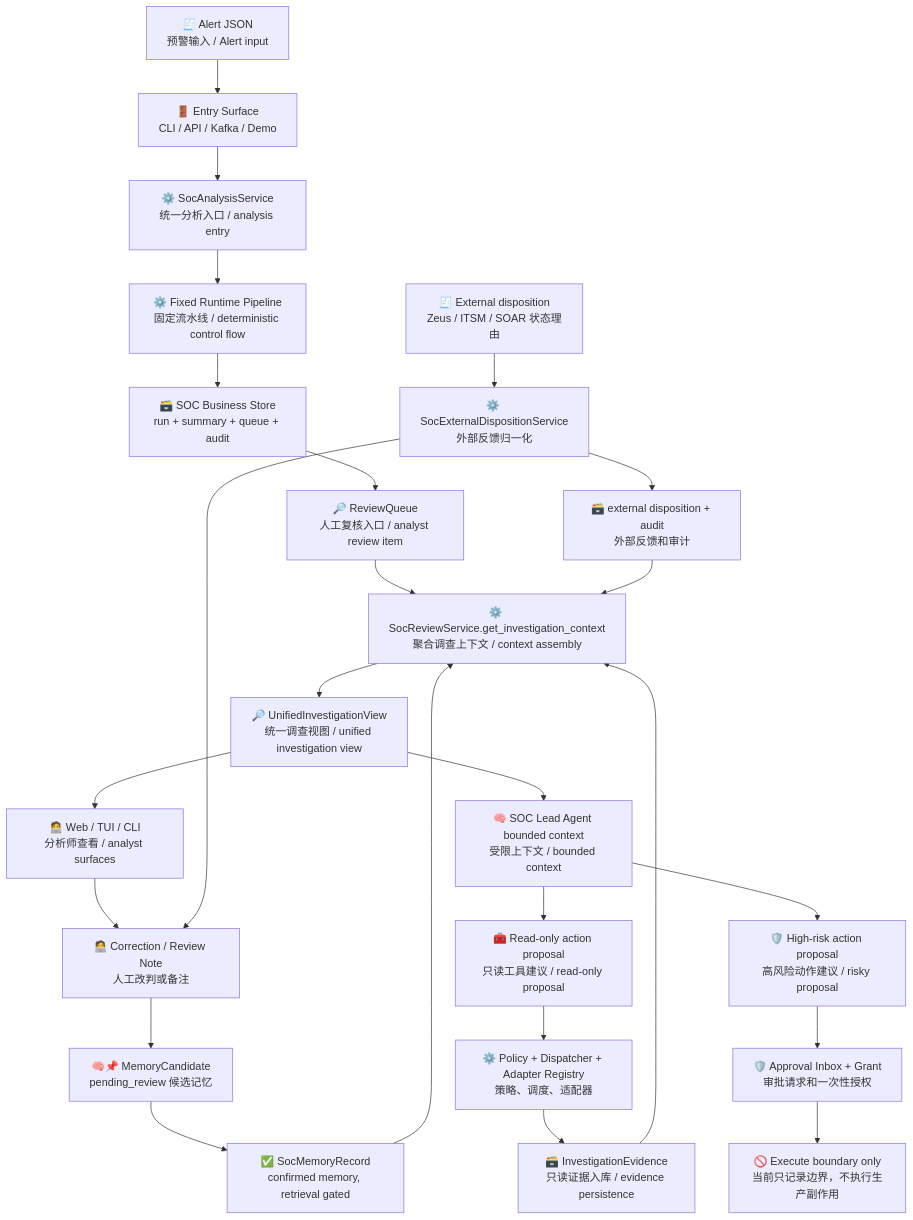
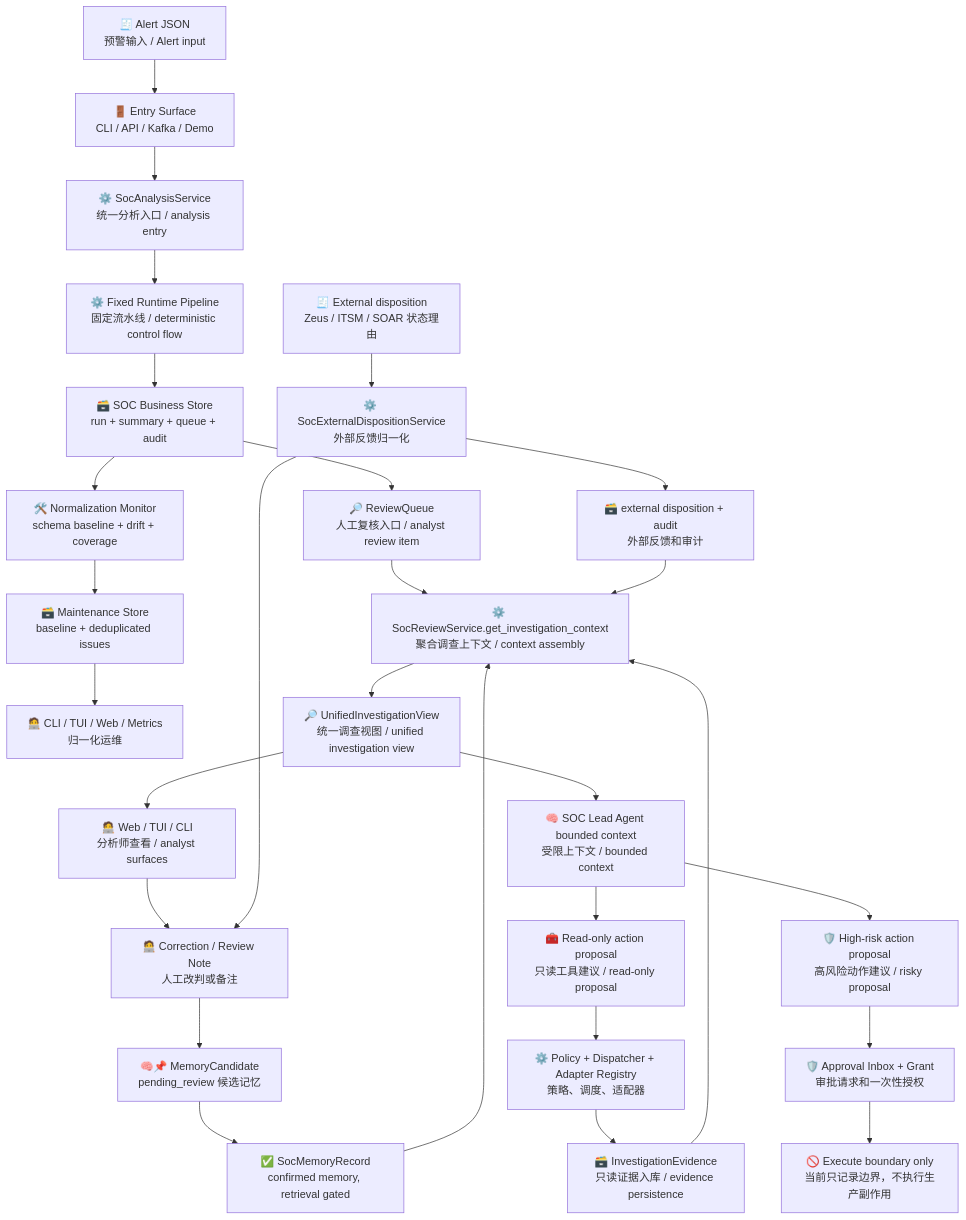
One commit to yydspanda/deer-flow changed the first of 16 diagrams in .notes/ai_soc/alert-lifecycle-flow.md. Above: the diagram before and after it, drawn with Mermaid. The commit also changed other lines of this file and 54 other files, not shown here.

Commit message:
feat(soc): harden normalization and maintenance workflow

````diff
--- a/.notes/ai_soc/alert-lifecycle-flow.md
+++ b/.notes/ai_soc/alert-lifecycle-flow.md
@@ -29,33 +30,36 @@
 ```mermaid
 flowchart TD
     A["🧾 Alert JSON<br/>预警输入 / Alert input"] --> B["🚪 Entry Surface<br/>CLI / API / Kafka / Demo"]
     B --> C["⚙️ SocAnalysisService<br/>统一分析入口 / analysis entry"]
     C --> D["⚙️ Fixed Runtime Pipeline<br/>固定流水线 / deterministic control flow"]
     D --> E["🗃️ SOC Business Store<br/>run + summary + queue + audit"]
+    E --> W["🛠️ Normalization Monitor<br/>schema baseline + drift + coverage"]
+    W --> X["🗃️ Maintenance Store<br/>baseline + deduplicated issues"]
+    X --> Y["🧑‍💻 CLI / TUI / Web / Metrics<br/>归一化运维"]
 
     E --> F["🔎 ReviewQueue<br/>人工复核入口 / analyst review item"]
     F --> G["⚙️ SocReviewService.get_investigation_context<br/>聚合调查上下文 / context assembly"]
 
     G --> H["🔎 UnifiedInvestigationView<br/>统一调查视图 / unified investigation view"]
     H --> I["🧑‍💻 Web / TUI / CLI<br/>分析师查看 / analyst surfaces"]
     H --> J["🧠 SOC Lead Agent bounded context<br/>受限上下文 / bounded context"]
 
     J --> K["🧰 Read-only action proposal<br/>只读工具建议 / read-only proposal"]
     K --> L["⚙️ Policy + Dispatcher + Adapter Registry<br/>策略、调度、适配器"]
     L --> M["🗃️ InvestigationEvidence<br/>只读证据入库 / evidence persistence"]
     M --> G
 
     J --> N["🛡️ High-risk action proposal<br/>高风险动作建议 / risky proposal"]
     N --> O["🛡️ Approval Inbox + Grant<br/>审批请求和一次性授权"]
     O --> P["🚫 Execute boundary only<br/>当前只记录边界，不执行生产副作用"]
 
     I --> Q["🧑‍💻 Correction / Review Note<br/>人工改判或备注"]
     Q --> R["🧠📌 MemoryCandidate<br/>pending_review 候选记忆"]
     R --> S["✅ SocMemoryRecord<br/>confirmed memory, retrieval gated"]
     S --> G
 
     T["🧾 External disposition<br/>Zeus / ITSM / SOAR 状态理由"] --> U["⚙️ SocExternalDispositionService<br/>外部反馈归一化"]
     U --> V["🗃️ external disposition + audit<br/>外部反馈和审计"]
     U --> Q
     V --> G
 ```
````
